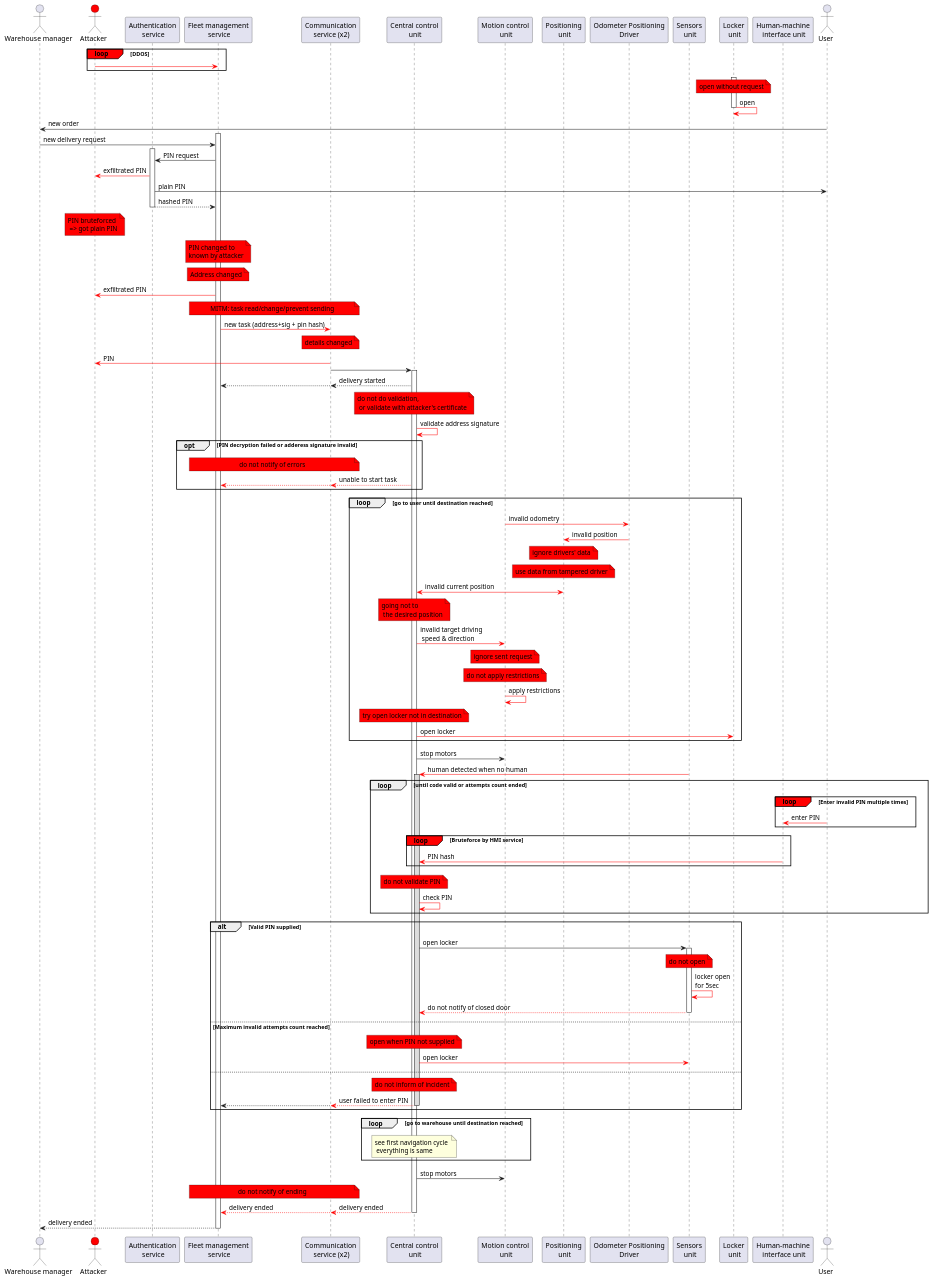
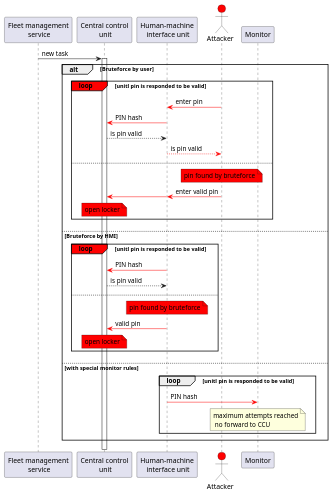
The diagram in docs/diagrams/scenarios/scenario6.puml (Losssaw3/cyberimmune-delivery-robot), drawn with PlantUML before and after one commit. The commit also changed 21 other files, not shown here.

Commit message:
negative sequence diagrams added

```diff
--- a/docs/diagrams/scenarios/scenario6.puml
+++ b/docs/diagrams/scenarios/scenario6.puml
@@ -1,143 +1,51 @@
 @startuml
 !pragma teoz true
 'autonumber
 
-actor "Warehouse manager" as WH
+participant "Fleet management\n service" as FMS
+participant "Central control\n unit" as CCU
+participant "Human-machine\n interface unit" as HMI
 actor "Attacker" as Att #red
-participant "Authentication\n service" as AS
-participant "Fleet management\n service" as FMS
-participant "Communication\n service (x2)" as CS
-participant "Central control\n unit" as CCU
-participant "Motion control\n unit" as MCU
-participant "Positioning\n unit" as PU
-participant "Odometer Positioning\nDriver" as OPD
-participant "Sensors\n unit" as SU
-participant "Locker\n unit" as LU
-participant "Human-machine\n interface unit" as HMI
-actor "User" as User
 
-loop#red DDOS
-Att     -[#red]> FMS
-end loop
-
-activate LU
-note over LU #red: open without request
-LU -[#red]> LU: open
-deactivate LU
-
-User    -> WH:      new order
-activate FMS
-WH      -> FMS:     new delivery request
-activate AS
-FMS     -> AS:      PIN request
-AS      -[#red]> Att:     exfiltrated PIN
-AS      -> User:    plain PIN
-AS     --> FMS:     hashed PIN
-deactivate AS
-
-note over Att #red: PIN bruteforced \n => got plain PIN
-note over FMS #red: PIN changed to \nknown by attacker
-note over FMS #red: Address changed
-FMS      -[#red]> Att:     exfiltrated PIN
-
-
-note over FMS, CS #red: MITM: task read/change/prevent sending
-FMS     -[#red]> CS:      new task (address+sig + pin hash)
-note over CS #red: details changed
-CS      -[#red]> Att:     PIN
-CS     -> CCU
-
+FMS -> CCU: new task
 activate CCU
 
-CCU    --> CS:      delivery started
-&CS    --> FMS:
+alt Bruteforce by user
 
-note over CCU #red: do not do validation,\n or validate with attacker's certificate
-CCU     -[#red]> CCU:     validate address signature
+loop#red unitl pin is responded to be valid
+Att -[#red]> HMI: enter pin
+HMI -[#red]> CCU: PIN hash
+CCU --> HMI: is pin valid
+HMI --[#red]> Att: is pin valid
+else
+note over Att #red: pin found by bruteforce
+Att -[#red]> HMI: enter valid pin
+&HMI -[#red]> CCU
+note over CCU #red: open locker
+end
 
-opt PIN decryption failed or adderess signature invalid
-note over FMS, CS #red: do not notify of errors
-CCU    --[#red]> CS:      unable to start task
-&CS    --[#red]> FMS
-end opt
+else Bruteforce by HMI
 
-loop go to user until destination reached
-
-MCU     -[#red]> OPD:      invalid odometry
-OPD     -[#red]> PU:       invalid position
-note over PU #red: ignore drivers' data
-note over PU #red: use data from tampered driver
-PU      <-[#red]> CCU:     invalid current position
-note over CCU #red: going not to\n the desired position
-CCU     -[#red]> MCU:      invalid target driving\n speed & direction
-note over MCU #red: ignore sent request
-note over MCU #red: do not apply restrictions
-MCU     -[#red]> MCU:       apply restrictions
-
-note over CCU #red: try open locker not in destination
-CCU     -[#red]> LU:      open locker
+loop#red unitl pin is responded to be valid
+HMI -[#red]> CCU: PIN hash
+CCU --> HMI: is pin valid
+else
+note over HMI #red: pin found by bruteforce
+HMI -[#red]> CCU: valid pin
+note over CCU #red: open locker
 end
 
 
-CCU     -> MCU:     stop motors
+else with special monitor rules
 
-SU      -[#red]> CCU:     human detected when no human
-activate CCU #DDDDDD
-
-
-loop until code valid or attempts count ended
-loop#red Enter invalid PIN multiple times
-User    -[#red]> HMI:     enter PIN
+loop unitl pin is responded to be valid
+HMI -[#red]> Monitor: PIN hash
+note over Monitor: maximum attempts reached\n no forward to CCU
 end
 
-loop#red Bruteforce by HMI service
-HMI     -[#red]> CCU:     PIN hash
 end
-
-note over CCU #red: do not validate PIN
-CCU     -[#red]> CCU:     check PIN
-end
-
-alt Valid PIN supplied
-
-CCU     -> SU:      open locker
-activate SU
-note over SU #red: do not open
-SU      -[#red]> SU:      locker open\nfor 5sec
-SU     -[#red]-> CCU:     do not notify of closed door
-deactivate SU
-
-else Maximum invalid attempts count reached
-
-note over CCU #red: open when PIN not supplied
-CCU  -[#red]> SU: open locker
-
-else
-
-note over CCU #red: do not inform of incident
-CCU    -[#red]-> CS:      user failed to enter PIN
-&CS    --> FMS
-
-deactivate CCU
-end
-
-loop go to warehouse until destination reached
-note over CCU: see first navigation cycle \n everything is same
-end
-
-CCU     -> MCU:     stop motors
-
-
-note over FMS, CS #red: do not notify of ending
-
-CCU     --[#red]> CS:     delivery ended
 
 deactivate CCU
 
-&CS     --[#red]> FMS:    delivery ended
-FMS    --> WH:     delivery ended
-
-deactivate FMS
-
 
 @enduml
```
